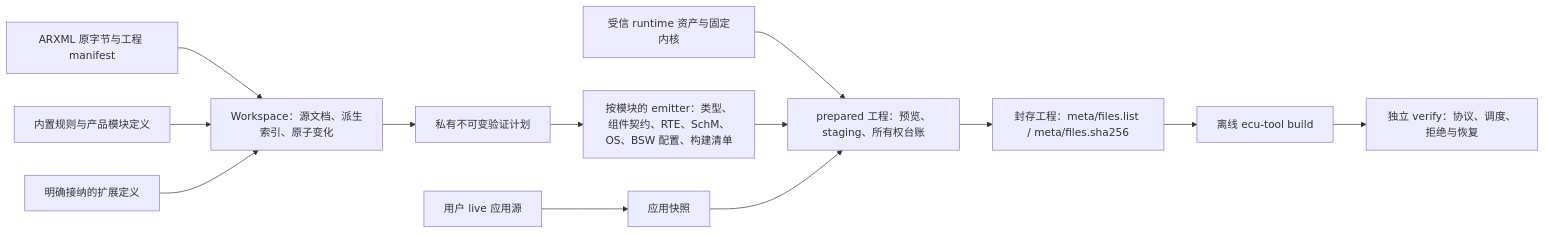
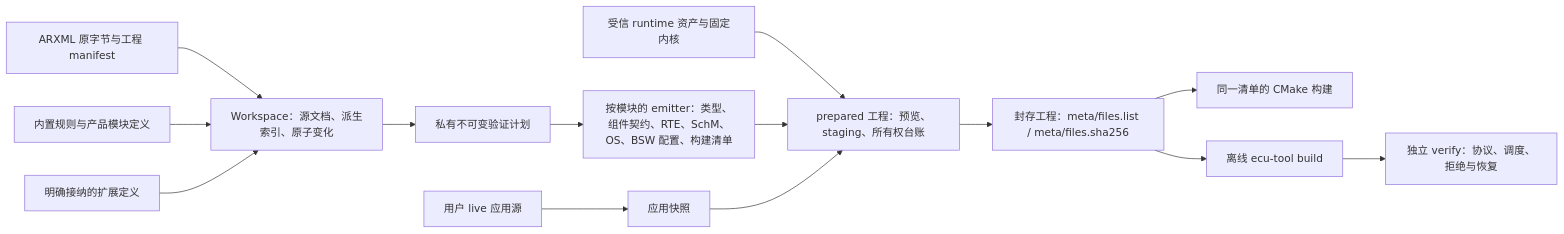
The first of 2 diagrams in docs/architecture.md (g1331/autsaro), drawn with Mermaid before and after one commit. The commit also changed other lines of this file and 12 other files, not shown here.

````diff
--- a/docs/architecture.md
+++ b/docs/architecture.md
@@ -30,15 +30,16 @@
 ```mermaid
 flowchart LR
   ARXML[ARXML 原字节与工程 manifest] --> WS[Workspace：源文档、派生索引、原子变化]
   RULES[内置规则与产品模块定义] --> WS
   EXT[明确接纳的扩展定义] --> WS
   WS --> PLAN[私有不可变验证计划]
   PLAN --> EMIT[按模块的 emitter：类型、组件契约、RTE、SchM、OS、BSW 配置、构建清单]
   LIVE[用户 live 应用源] --> SNAP[应用快照]
   ASSETS[受信 runtime 资产与固定内核] --> PREP
   EMIT --> PREP[prepared 工程：预览、staging、所有权台账]
   SNAP --> PREP
   PREP --> SEAL[封存工程：meta/files.list / meta/files.sha256]
+  SEAL --> CMAKE[同一清单的 CMake 构建]
   SEAL --> BUILD[离线 ecu-tool build]
   BUILD --> VERIFY[独立 verify：协议、调度、拒绝与恢复]
 ```
````
